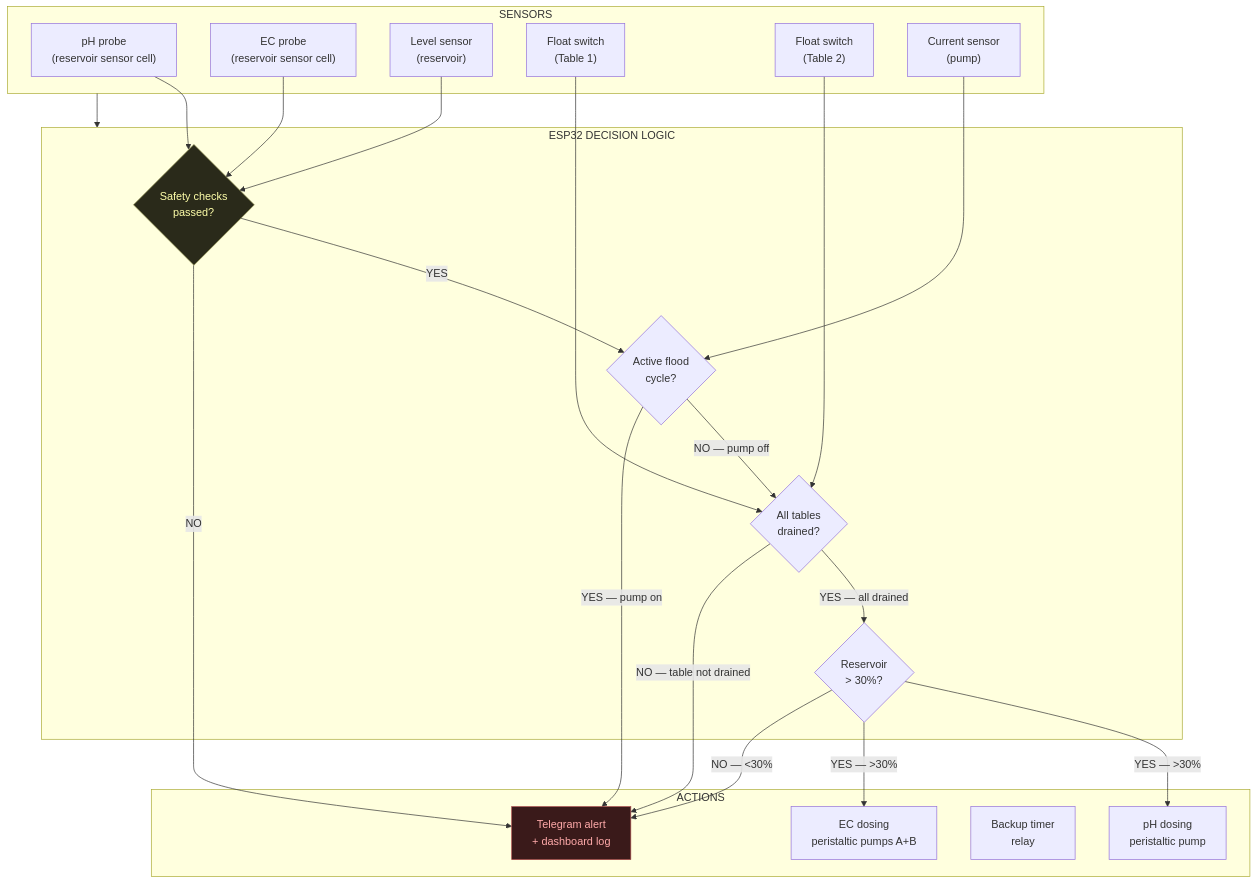
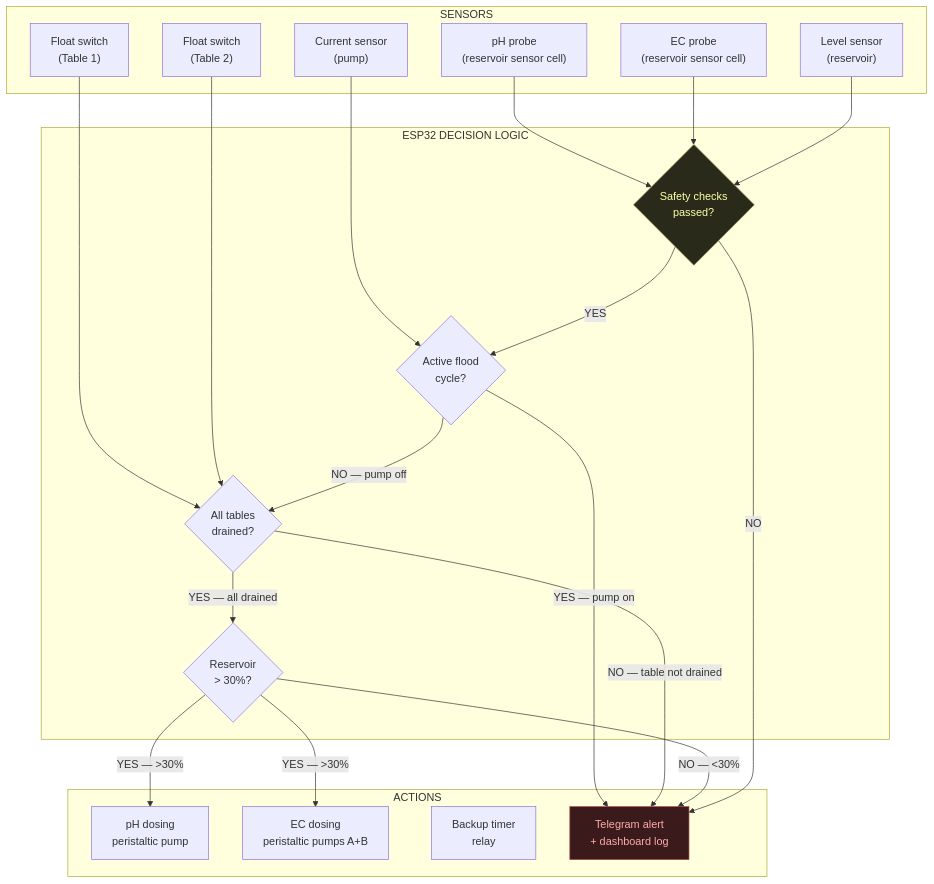
Before and after one commit to UncleJS/guide_hydroponics: the seventh of 13 diagrams in guide/ebb-and-flow/13-automation.md, drawn with Mermaid. The commit also changed other lines of this file and 12 other files, not shown here.

````diff
--- a/guide/ebb-and-flow/13-automation.md
+++ b/guide/ebb-and-flow/13-automation.md
@@ -762,47 +762,46 @@
 ```mermaid
 flowchart TD
     subgraph sensors["SENSORS"]
         PH["pH probe<br/>(reservoir sensor cell)"]
         EC["EC probe<br/>(reservoir sensor cell)"]
         LVL["Level sensor<br/>(reservoir)"]
         FL1["Float switch<br/>(Table 1)"]
         FL2["Float switch<br/>(Table 2)"]
         ACS["Current sensor<br/>(pump)"]
     end
 
     subgraph logic["ESP32 DECISION LOGIC"]
         SAFE{"Safety checks<br/>passed?"}
         FLOOD{"Active flood<br/>cycle?"}
         DRAIN{"All tables<br/>drained?"}
         LEVEL{"Reservoir<br/>> 30%?"}
     end
 
     subgraph actions["ACTIONS"]
         PHDOSE["pH dosing<br/>peristaltic pump"]
         ECDOSE["EC dosing<br/>peristaltic pumps A+B"]
         BACKUP["Backup timer<br/>relay"]
         ALERT["Telegram alert<br/>+ dashboard log"]
     end
 
-    sensors --> logic
     PH --> SAFE
     EC --> SAFE
     LVL --> SAFE
     FL1 --> DRAIN
     FL2 --> DRAIN
     ACS --> FLOOD
 
     SAFE -->|YES| FLOOD
     FLOOD -->|NO — pump off| DRAIN
     DRAIN -->|YES — all drained| LEVEL
     LEVEL -->|YES — >30%| PHDOSE
     LEVEL -->|YES — >30%| ECDOSE
 
     FLOOD -->|YES — pump on| ALERT
     DRAIN -->|NO — table not drained| ALERT
     LEVEL -->|NO — <30%| ALERT
     SAFE -->|NO| ALERT
 
     style SAFE fill:#2a2a1a,stroke:#8a8a4a,color:#ffffaa
     style ALERT fill:#3a1a1a,stroke:#aa4a4a,color:#ffaaaa
 ```
````
